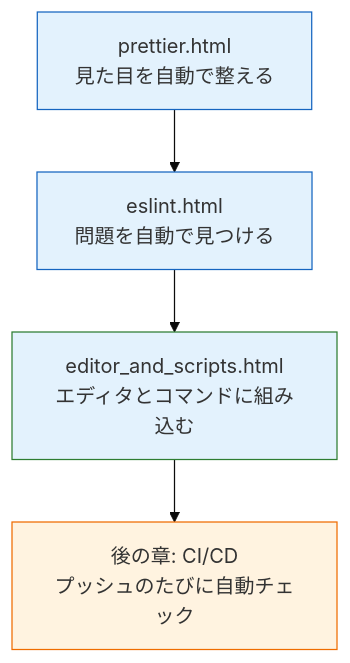
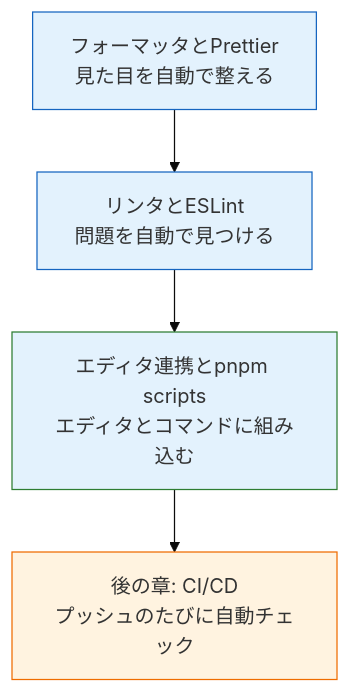
One commit to dik-ab/school-curriculum-platform changed the second of 2 diagrams in cloudflare-site/src/content/docs/tooling/index.md. Above: the diagram before and after it, drawn with Mermaid (base theme). The commit also changed other lines of this file and 15 other files, not shown here.

````diff
--- a/cloudflare-site/src/content/docs/tooling/index.md
+++ b/cloudflare-site/src/content/docs/tooling/index.md
@@ -71,10 +72,10 @@
 ```mermaid
 flowchart TB
-    A["prettier.html<br>見た目を自動で整える"] --> B["eslint.html<br>問題を自動で見つける"]
-    B --> C["editor_and_scripts.html<br>エディタとコマンドに組み込む"]
+    A["フォーマッタとPrettier<br>見た目を自動で整える"] --> B["リンタとESLint<br>問題を自動で見つける"]
+    B --> C["エディタ連携とpnpm scripts<br>エディタとコマンドに組み込む"]
     C --> D["後の章: CI/CD<br>プッシュのたびに自動チェック"]
     style A fill:#e3f2fd,stroke:#1565c0
     style B fill:#e3f2fd,stroke:#1565c0
     style C fill:#e3f2fd,stroke:#2e7d32
     style D fill:#fff3e0,stroke:#ef6c00
 ```
````
